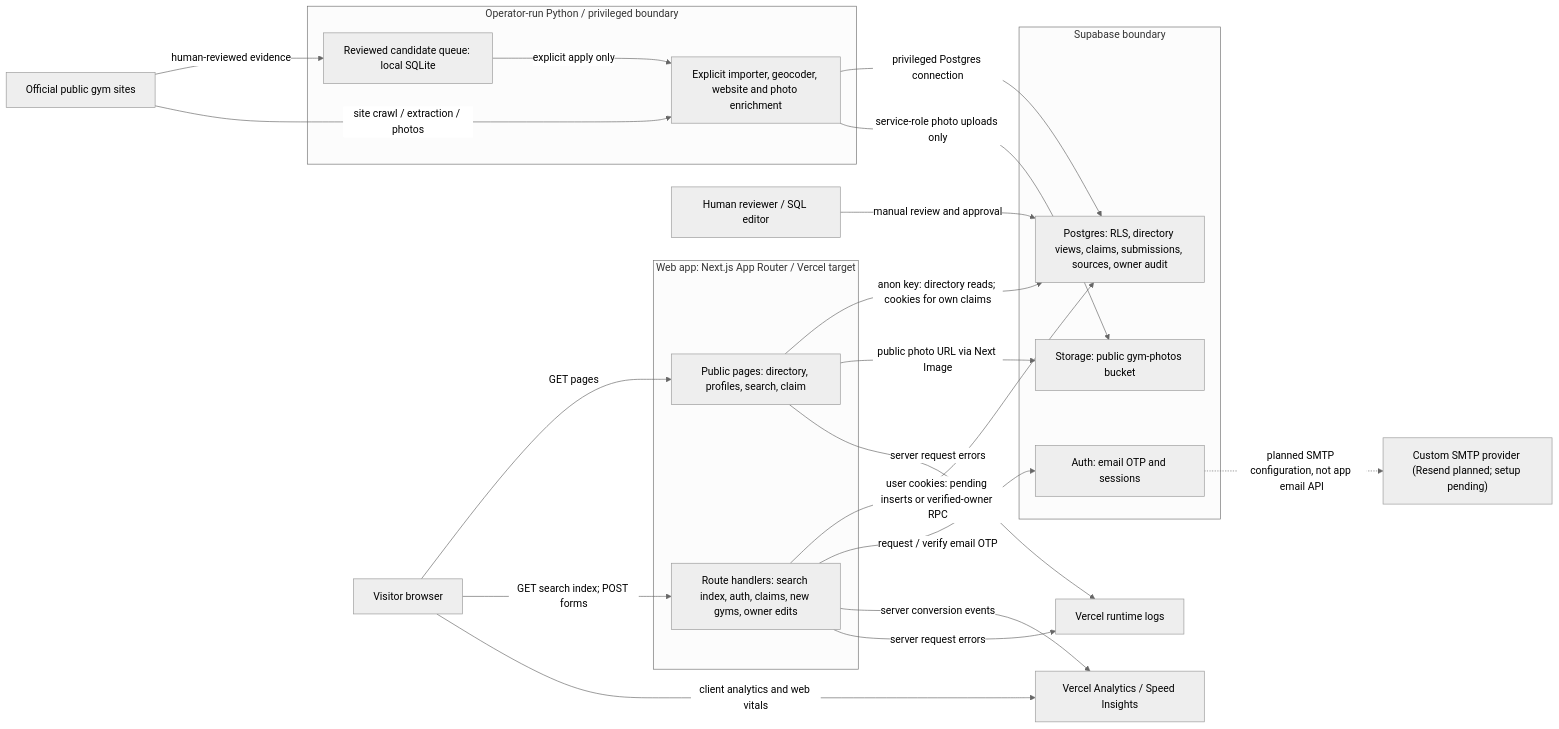
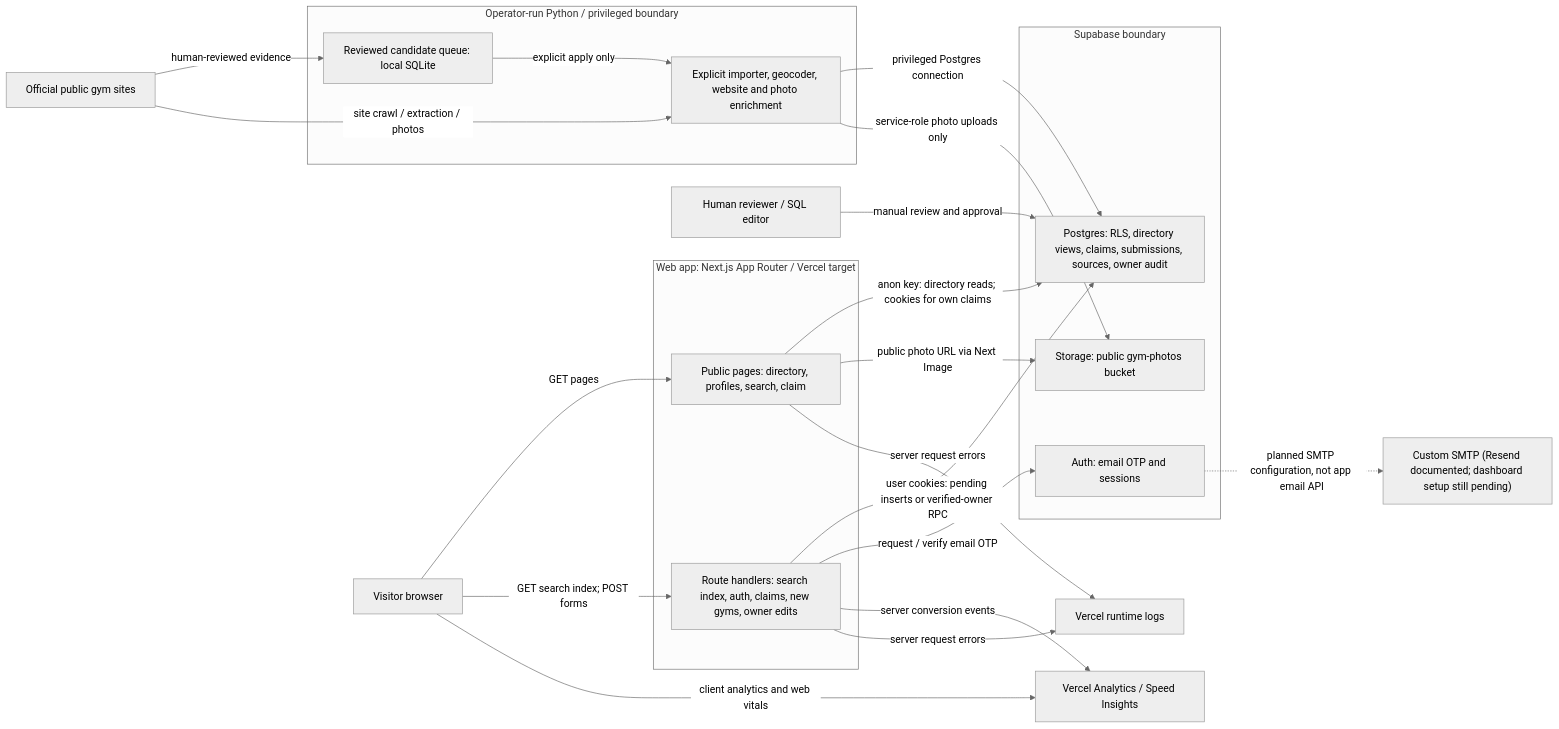
One commit to vnguyendc/fightgyms changed the diagram in docs/architecture.md. Above: the diagram before and after it, drawn with Mermaid (neutral theme). The commit also changed other lines of this file and 31 other files, not shown here.

````diff
--- a/docs/architecture.md
+++ b/docs/architecture.md
@@ -5,44 +5,44 @@
 ```mermaid
 flowchart LR
   visitor["Visitor browser"]
   official["Official public gym sites"]
   reviewer["Human reviewer / SQL editor"]
 
   subgraph web["Web app: Next.js App Router / Vercel target"]
     pages["Public pages: directory, profiles, search, claim"]
     api["Route handlers: search index, auth, claims, new gyms, owner edits"]
   end
 
   subgraph backend["Supabase boundary"]
     auth["Auth: email OTP and sessions"]
     db["Postgres: RLS, directory views, claims, submissions, sources, owner audit"]
     storage["Storage: public gym-photos bucket"]
   end
 
   subgraph ingestion["Operator-run Python / privileged boundary"]
     queue["Reviewed candidate queue: local SQLite"]
     scripts["Explicit importer, geocoder, website and photo enrichment"]
   end
 
   analytics["Vercel Analytics / Speed Insights"]
   logs["Vercel runtime logs"]
-  smtp["Custom SMTP provider (Resend planned; setup pending)"]
+  smtp["Custom SMTP (Resend documented; dashboard setup still pending)"]
 
   visitor -->|"GET pages"| pages
   visitor -->|"GET search index; POST forms"| api
   pages -->|"anon key: directory reads; cookies for own claims"| db
   api -->|"user cookies: pending inserts or verified-owner RPC"| db
   api -->|"request / verify email OTP"| auth
   auth -.->|"planned SMTP configuration, not app email API"| smtp
   pages -->|"public photo URL via Next Image"| storage
   official -->|"human-reviewed evidence"| queue
   queue -->|"explicit apply only"| scripts
   official -->|"site crawl / extraction / photos"| scripts
   scripts -->|"privileged Postgres connection"| db
   scripts -->|"service-role photo uploads only"| storage
   reviewer -->|"manual review and approval"| db
   visitor -->|"client analytics and web vitals"| analytics
   api -->|"server conversion events"| analytics
   pages -->|"server request errors"| logs
   api -->|"server request errors"| logs
 ```
````
